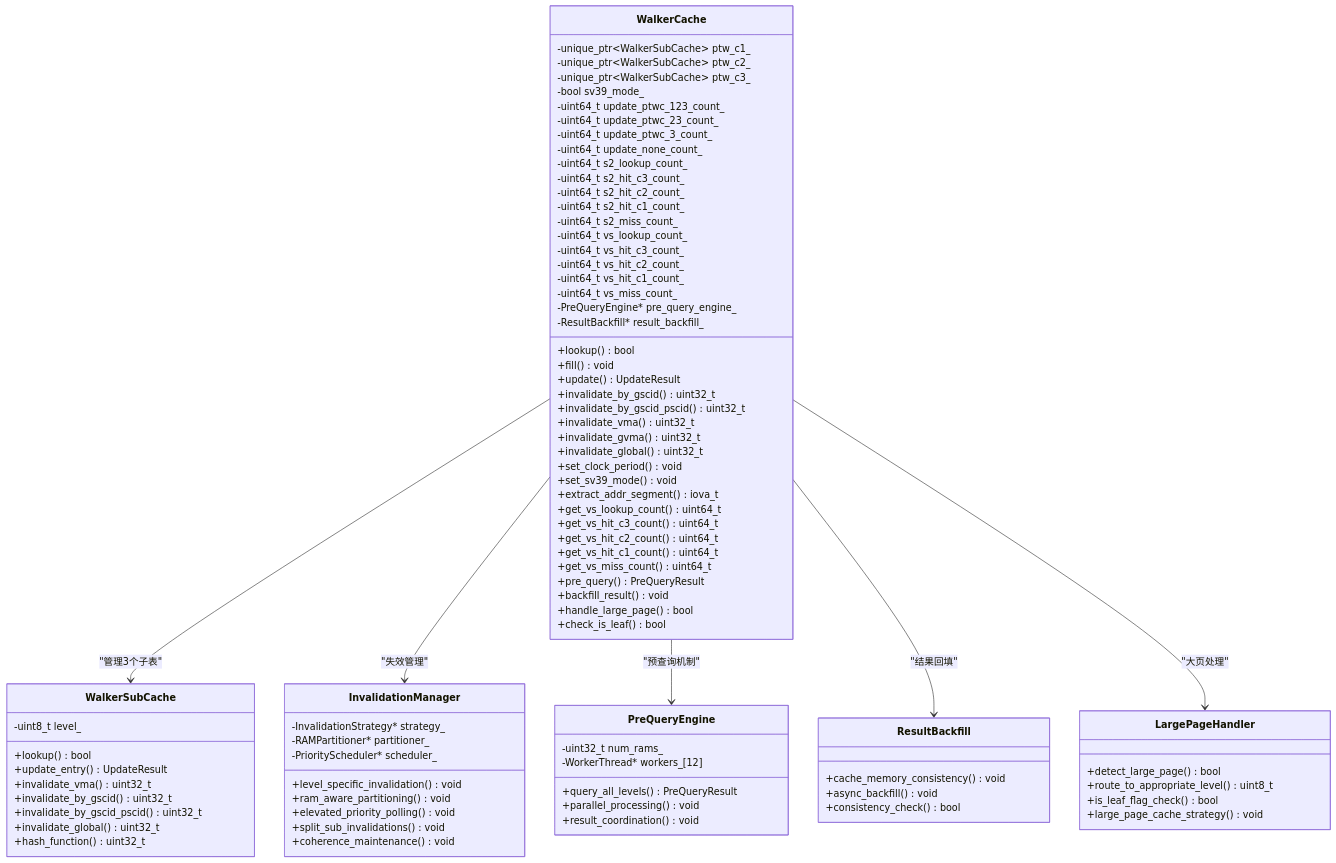
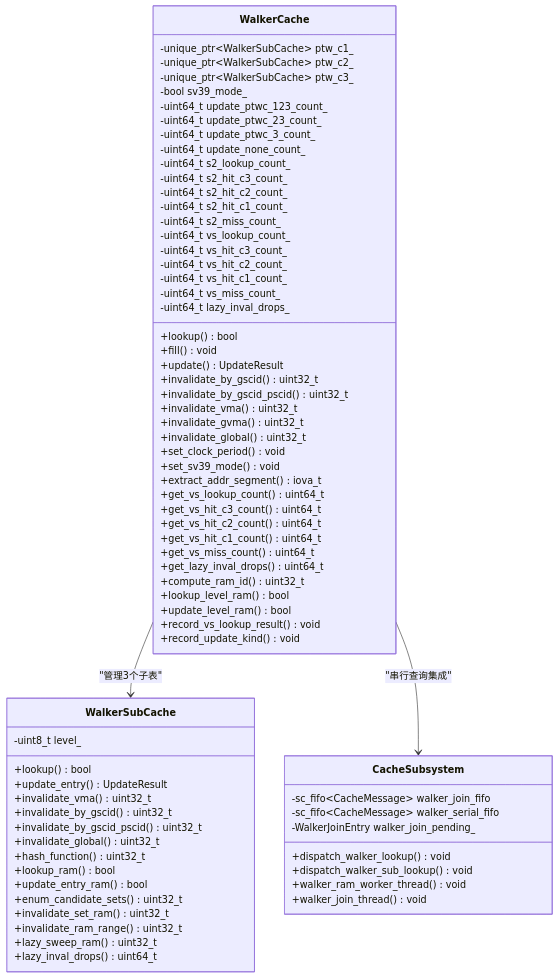
One commit to jiangjiang1122/iommu_model_20260401_v1 changed the second of 14 diagrams in .qoder/repowiki/zh/content/缓存系统/Walker缓存（地址转换遍历器缓存）.md. Above: the diagram before and after it, drawn with Mermaid. The commit also changed other lines of this file and 159 other files, not shown here.

Commit message:
chore: 更新知识库文档 + 新增PTW并发分析图表与数据文件

````diff
--- a/.qoder/repowiki/zh/content/缓存系统/Walker缓存（地址转换遍历器缓存）.md
+++ b/.qoder/repowiki/zh/content/缓存系统/Walker缓存（地址转换遍历器缓存）.md
@@ -176,8 +152,7 @@
 -uint64_t vs_hit_c2_count_
 -uint64_t vs_hit_c1_count_
 -uint64_t vs_miss_count_
--PreQueryEngine* pre_query_engine_
--ResultBackfill* result_backfill_
+-uint64_t lazy_inval_drops_
 +lookup() bool
 +fill() void
 +update() UpdateResult
@@ -194,10 +169,12 @@
 +get_vs_hit_c2_count() uint64_t
 +get_vs_hit_c1_count() uint64_t
 +get_vs_miss_count() uint64_t
-+pre_query() PreQueryResult
-+backfill_result() void
-+handle_large_page() bool
-+check_is_leaf() bool
++get_lazy_inval_drops() uint64_t
++compute_ram_id() uint32_t
++lookup_level_ram() bool
++update_level_ram() bool
++record_vs_lookup_result() void
++record_update_kind() void
 }
 class WalkerSubCache {
 -uint8_t level_
@@ -208,38 +185,23 @@
 +invalidate_by_gscid_pscid() uint32_t
 +invalidate_global() uint32_t
 +hash_function() uint32_t
++lookup_ram() bool
++update_entry_ram() bool
++enum_candidate_sets() uint32_t
++invalidate_set_ram() uint32_t
++invalidate_ram_range() uint32_t
++lazy_sweep_ram() uint32_t
++lazy_inval_drops() uint64_t
 }
-class InvalidationManager {
--InvalidationStrategy* strategy_
--RAMPartitioner* partitioner_
--PriorityScheduler* scheduler_
-+level_specific_invalidation() void
-+ram_aware_partitioning() void
-+elevated_priority_polling() void
-+split_sub_invalidations() void
-+coherence_maintenance() void
-}
-class PreQueryEngine {
--uint32_t num_rams_
--WorkerThread* workers_[12]
-+query_all_levels() PreQueryResult
-+parallel_processing() void
-+result_coordination() void
-}
-class ResultBackfill {
-+cache_memory_consistency() void
-+async_backfill() void
-+consistency_check() bool
-}
-class LargePageHandler {
-+detect_large_page() bool
-+route_to_appropriate_level() uint8_t
-+is_leaf_flag_check() bool
-+large_page_cache_strategy() void
+class CacheSubsystem {
+-sc_fifo~CacheMessage~ walker_join_fifo
+-sc_fifo~CacheMessage~ walker_serial_fifo
+-WalkerJoinEntry walker_join_pending_
++dispatch_walker_lookup() void
++dispatch_walker_sub_lookup() void
++walker_ram_worker_thread() void
++walker_join_thread() void
 }
 WalkerCache --> WalkerSubCache : "管理3个子表"
-WalkerCache --> InvalidationManager : "失效管理"
-WalkerCache --> PreQueryEngine : "预查询机制"
-WalkerCache --> ResultBackfill : "结果回填"
-WalkerCache --> LargePageHandler : "大页处理"
+WalkerCache --> CacheSubsystem : "串行查询集成"
 ```
````
